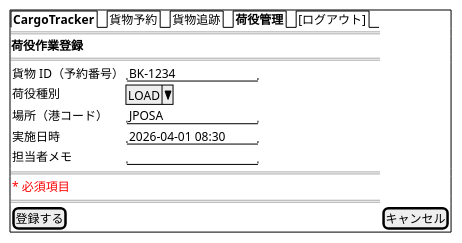
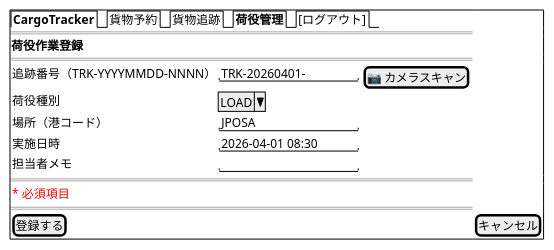
One commit to k2works/case-study-cargo-tracker changed diagram 11 of 15 in docs/design/ui_design.md. Above: the diagram before and after it, drawn with PlantUML. The commit also changed other lines of this file, not shown here.

````diff
--- a/docs/design/ui_design.md
+++ b/docs/design/ui_design.md
@@ -592,23 +596,23 @@
 ```plantuml
 @startsalt
 {+
   {/ <b>CargoTracker</b> | 貨物予約 | 貨物追跡 | <b>荷役管理</b> | [ログアウト] }
   ==
   <b>荷役作業登録</b>
   ==
   {
-    貨物 ID（予約番号） | "BK-1234         "
-    荷役種別            | ^LOAD^
-    場所（港コード）    | "JPOSA           "
-    実施日時            | "2026-04-01 08:30"
-    担当者メモ          | "                "
+    追跡番号（TRK-YYYYMMDD-NNNN） | "TRK-20260401-    " | [📷 カメラスキャン]
+    荷役種別                       | ^LOAD^
+    場所（港コード）               | "JPOSA            "
+    実施日時                       | "2026-04-01 08:30 "
+    担当者メモ                     | "                 "
   }
   ==
   {
     <color:red>* 必須項目</color>
   }
   ==
   [登録する] | [キャンセル]
 }
 @endsalt
 ```
````
